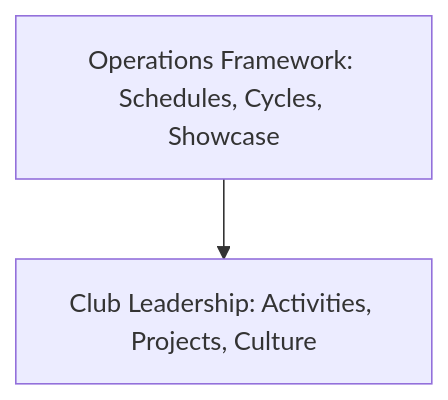
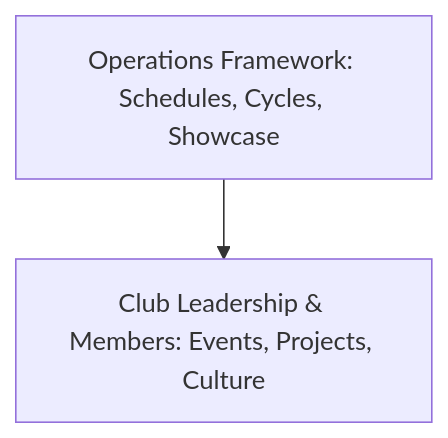
One commit to blxckpxnther46/Kalvium-X-Vels-Student-Clubs changed the diagram in 02-club-ecosystem/how-clubs-work.md. Above: the diagram before and after it, drawn with Mermaid. The commit also changed other lines of this file and 50 other files, not shown here.

Commit message:
refactor: expand club activities, integrate weekly/monthly leadership reporting, remove officer terminology, and eliminate module overview pages

````diff
--- a/02-club-ecosystem/how-clubs-work.md
+++ b/02-club-ecosystem/how-clubs-work.md
@@ -13,4 +5,4 @@
 ```mermaid
 flowchart TD
-    Ops[Operations Framework: Schedules, Cycles, Showcase] --> Club[Club Leadership: Activities, Projects, Culture]
+    Ops[Operations Framework: Schedules, Cycles, Showcase] --> Club[Club Leadership & Members: Events, Projects, Culture]
 ```
````
